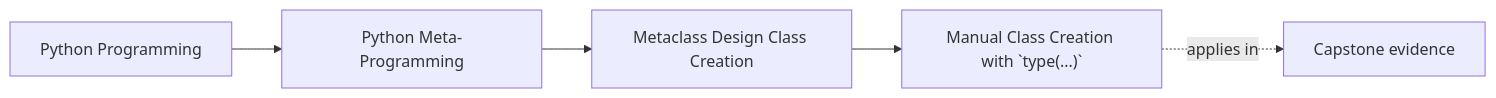
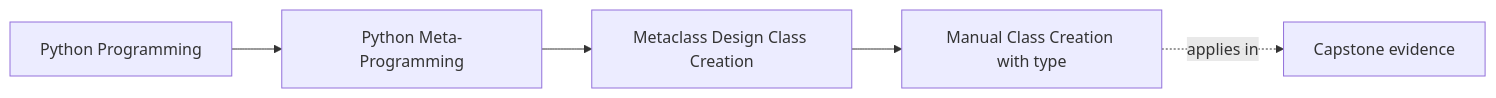
The first of 2 diagrams in programs/python-programming/python-meta-programming/course-book/module-09-metaclass-design-class-creation/manual-class-creation-with-type.md (bijux/bijux-masterclass), drawn with Mermaid before and after one commit. The commit also changed other lines of this file, not shown here.

Commit message:
docs(module-09): trace manual class construction

````diff
--- a/programs/python-programming/python-meta-programming/course-book/module-09-metaclass-design-class-creation/manual-class-creation-with-type.md
+++ b/programs/python-programming/python-meta-programming/course-book/module-09-metaclass-design-class-creation/manual-class-creation-with-type.md
@@ -7,11 +6,11 @@
 ```mermaid
 graph LR
   family["Python Programming"]
   program["Python Meta-Programming"]
   section["Metaclass Design Class Creation"]
-  page["Manual Class Creation with `type(...)`"]
+  page["Manual Class Creation with type"]
   capstone["Capstone evidence"]
 
   family --> program --> section --> page
   page -.applies in.-> capstone
 ```
````
